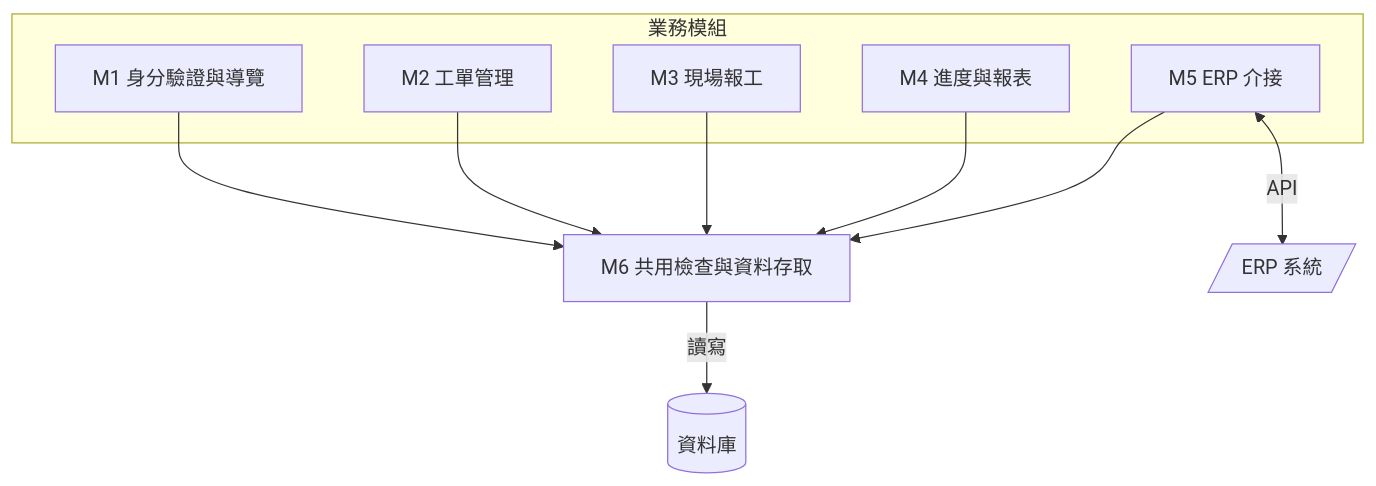
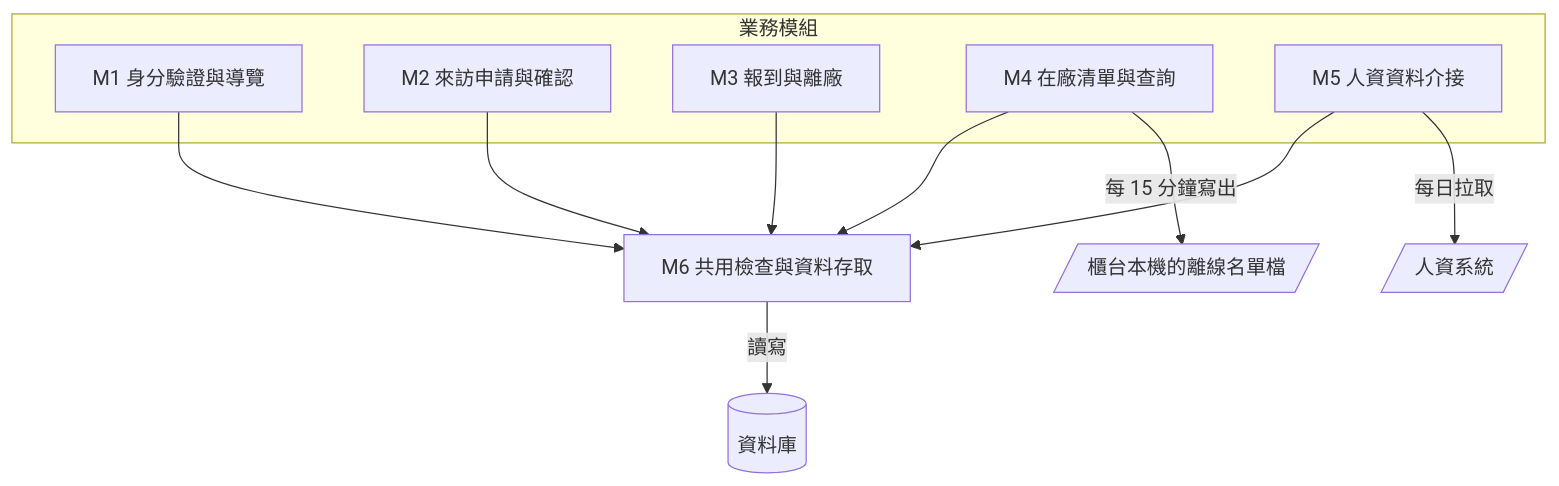
Before and after one commit to billy1125/system-analysis-and-design: the first of 8 diagrams in 03-example-reports/Design-Phase-Sample-Report.md, drawn with Mermaid. The commit also changed other lines of this file and 30 other files, not shown here.

````diff
--- a/03-example-reports/Design-Phase-Sample-Report.md
+++ b/03-example-reports/Design-Phase-Sample-Report.md
@@ -201,22 +202,24 @@
 ```mermaid
 flowchart TB
     subgraph BIZ[業務模組]
         M1[M1 身分驗證與導覽]
-        M2[M2 工單管理]
-        M3[M3 現場報工]
-        M4[M4 進度與報表]
-        M5[M5 ERP 介接]
+        M2[M2 來訪申請與確認]
+        M3[M3 報到與離廠]
+        M4[M4 在廠清單與查詢]
+        M5[M5 人資資料介接]
     end
 
     M6[M6 共用檢查與資料存取]
     DB[(資料庫)]
-    ERP[/ERP 系統/]
+    HR[/人資系統/]
+    FILE[/櫃台本機的離線名單檔/]
 
     M1 --> M6
     M2 --> M6
     M3 --> M6
     M4 --> M6
     M5 --> M6
     M6 -->|讀寫| DB
-    M5 <-->|API| ERP
+    M5 -->|每日拉取| HR
+    M4 -->|每 15 分鐘寫出| FILE
 ```
````
